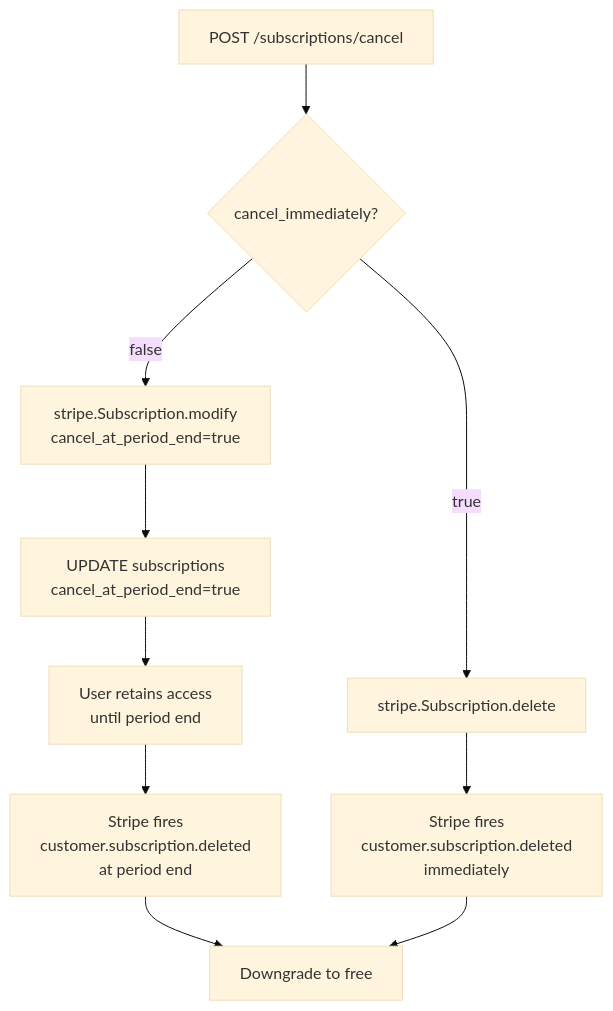
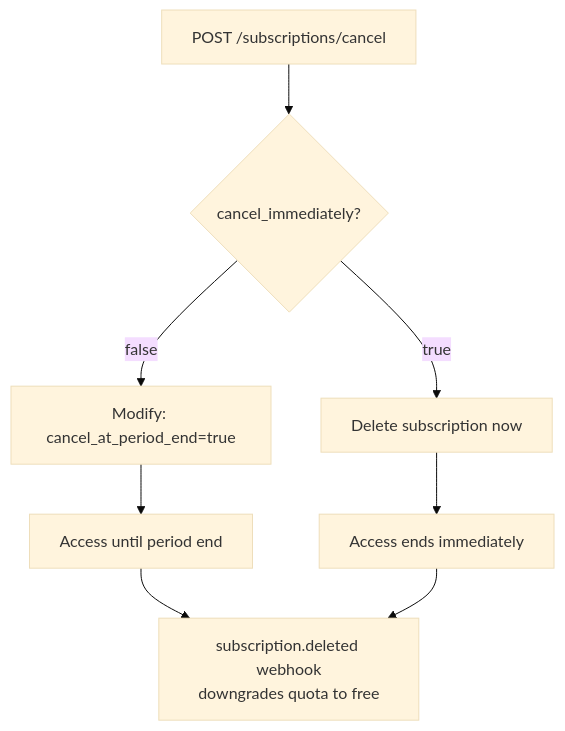
Before and after one commit to praneel-thoom/noesis-billing-architecture: the fourth of 4 diagrams in docs/billing-lifecycle.md, drawn with Mermaid (base theme). The commit also changed other lines of this file and 1 other file, not shown here.

Commit message:
Simplify Mermaid diagrams: smaller focused charts, remove clutter

````diff
--- a/docs/billing-lifecycle.md
+++ b/docs/billing-lifecycle.md
@@ -98,14 +82,10 @@
 ```mermaid
 flowchart TD
-    A[POST /subscriptions/cancel] --> B{cancel_immediately?}
-
-    B -- false --> C[stripe.Subscription.modify\ncancel_at_period_end=true]
-    C --> D[UPDATE subscriptions\ncancel_at_period_end=true]
-    D --> E[User retains access\nuntil period end]
-    E --> F[Stripe fires\ncustomer.subscription.deleted\nat period end]
-    F --> G[Downgrade to free]
-
-    B -- true --> H[stripe.Subscription.delete]
-    H --> I[Stripe fires\ncustomer.subscription.deleted\nimmediately]
-    I --> G
+    A["POST /subscriptions/cancel"] --> B{"cancel_immediately?"}
+    B -- false --> C["Modify: cancel_at_period_end=true"]
+    B -- true --> D["Delete subscription now"]
+    C --> E["Access until period end"]
+    D --> F["Access ends immediately"]
+    E --> G["subscription.deleted webhook\ndowngrades quota to free"]
+    F --> G
 ```
````
